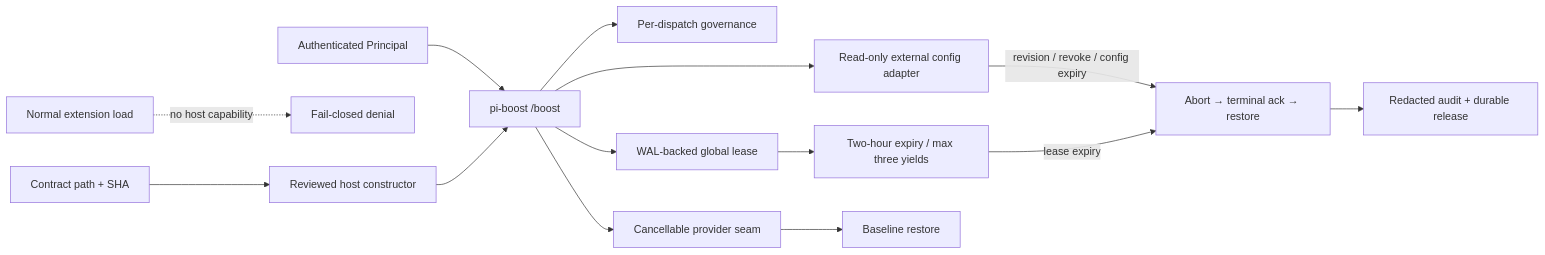
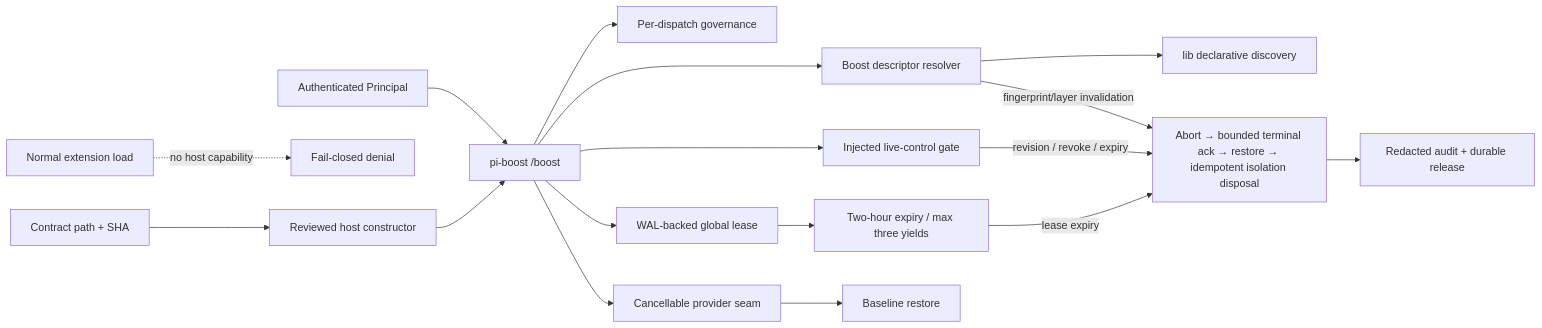
Before and after one commit to tS7hKamAYL84j91/pi-tools-and-skills: diagram 13 of 24 in docs/architecture.md, drawn with Mermaid. The commit also changed other lines of this file and 38 other files, not shown here.

Commit message:
feat(boost): add declarative descriptor discovery

````diff
--- a/docs/architecture.md
+++ b/docs/architecture.md
@@ -460,16 +477,19 @@
 ```mermaid
 flowchart LR
   Principal[Authenticated Principal] --> Command[pi-boost /boost]
   Default[Normal extension load] -. no host capability .-> Deny[Fail-closed denial]
   Attestation[Contract path + SHA] --> Host[Reviewed host constructor]
   Host --> Command
-  Command --> Config[Read-only external config adapter]
+  Command --> Descriptor[Boost descriptor resolver]
+  Descriptor --> Discovery[lib declarative discovery]
+  Command --> LiveControl[Injected live-control gate]
   Command --> Governance[Per-dispatch governance]
   Command --> Store[WAL-backed global lease]
   Store --> TTL[Two-hour expiry / max three yields]
   Command --> Provider[Cancellable provider seam]
   Provider --> Restore[Baseline restore]
-  Config -->|revision / revoke / config expiry| Revoke[Abort → terminal ack → restore]
+  Descriptor -->|fingerprint/layer invalidation| Revoke[Abort → bounded terminal ack → restore → idempotent isolation disposal]
+  LiveControl -->|revision / revoke / expiry| Revoke
   TTL -->|lease expiry| Revoke
   Revoke --> Audit[Redacted audit + durable release]
 ```
````
